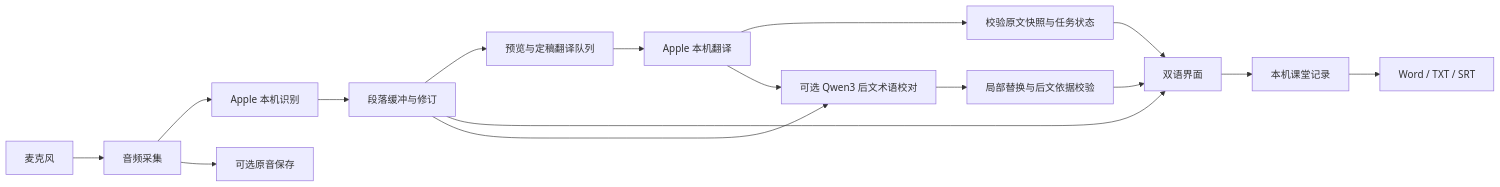
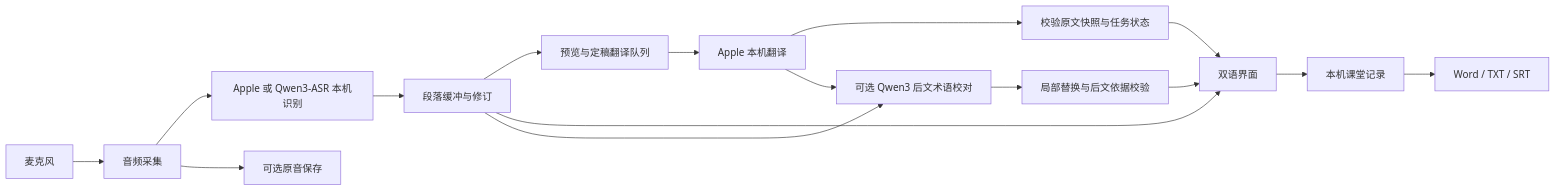
The diagram in README.md (he257743/class-scribe), drawn with Mermaid before and after one commit. The commit also changed other lines of this file and 34 other files, not shown here.

Commit message:
Add optional local Qwen3-ASR recognition in ClassScribe 1.6.0

````diff
--- a/README.md
+++ b/README.md
@@ -43,18 +43,18 @@
 ```mermaid
 flowchart LR
     Mic[麦克风] --> Capture[音频采集]
-    Capture --> Speech[Apple 本机识别]
+    Capture --> Speech[Apple 或 Qwen3-ASR 本机识别]
     Capture --> Audio[可选原音保存]
     Speech --> Paragraph[段落缓冲与修订]
     Paragraph --> Queue[预览与定稿翻译队列]
     Queue --> Translation[Apple 本机翻译]
     Translation --> Check[校验原文快照与任务状态]
     Check --> UI[双语界面]
     Paragraph --> UI
     Paragraph --> Context[可选 Qwen3 后文术语校对]
     Translation --> Context
     Context --> Guard[局部替换与后文依据校验]
     Guard --> UI
     UI --> Store[本机课堂记录]
     Store --> Export[Word / TXT / SRT]
 ```
````
